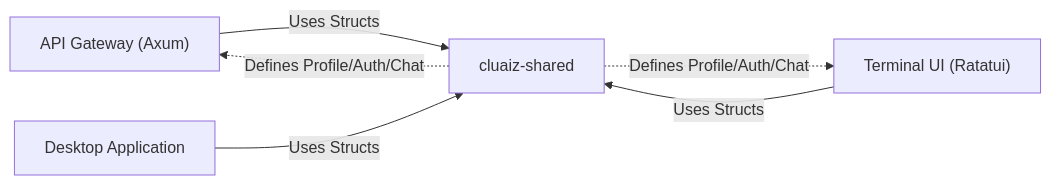
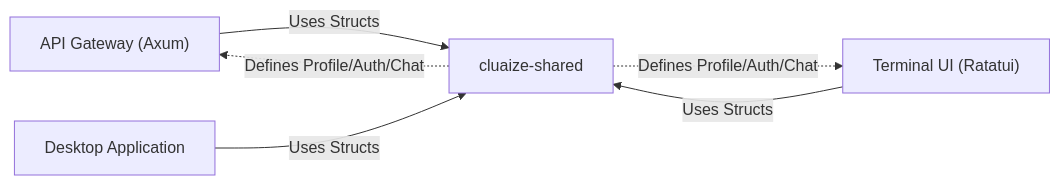
One commit to ayan-kushwaha/Cluaiz- changed the diagram in Inference-engine/shared/README.md. Above: the diagram before and after it, drawn with Mermaid. The commit also changed other lines of this file and 395 other files, not shown here.

````diff
--- a/Inference-engine/shared/README.md
+++ b/Inference-engine/shared/README.md
@@ -19,9 +19,9 @@
 ```mermaid
 graph LR
-    API["API Gateway (Axum)"] -->|"Uses Structs"| Shared["cluaiz-shared"]
+    API["API Gateway (Axum)"] -->|"Uses Structs"| Shared["cluaize-shared"]
     CLI["Terminal UI (Ratatui)"] -->|"Uses Structs"| Shared
     Desktop["Desktop Application"] -->|"Uses Structs"| Shared
     
     Shared -.->|"Defines Profile/Auth/Chat"| API
     Shared -.->|"Defines Profile/Auth/Chat"| CLI
 ```
````
